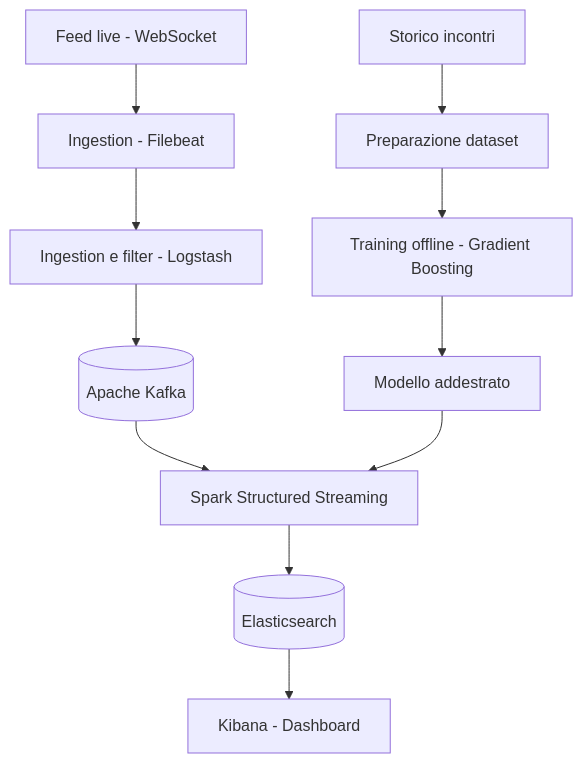
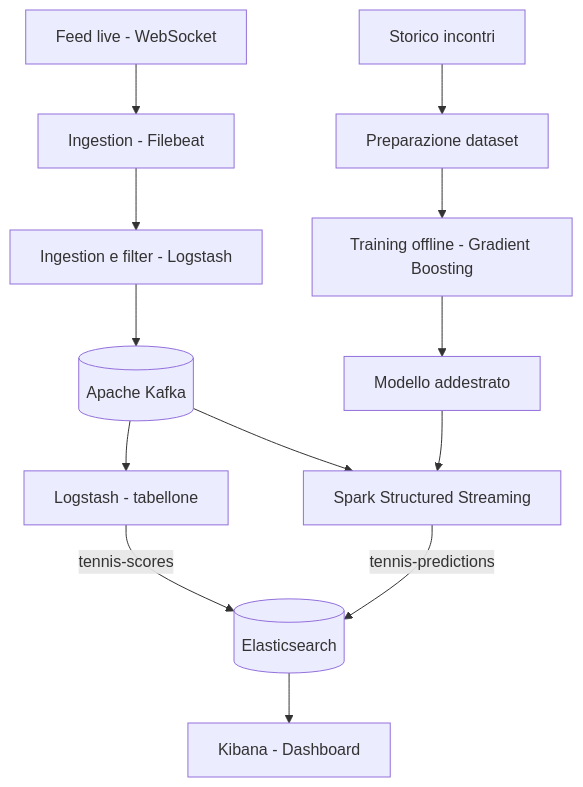
The diagram in README.md (onitnas/data-set-match), drawn with Mermaid before and after one commit. The commit also changed other lines of this file and 3 other files, not shown here.

Commit message:
feat: add logstash pipeline for live match scores

````diff
--- a/README.md
+++ b/README.md
@@ -11,13 +11,15 @@
 ```mermaid
 flowchart TD
     H[Storico incontri] --> D[Preparazione dataset]
     D --> T[Training offline - Gradient Boosting]
     T --> M[Modello addestrato]
 
     A[Feed live - WebSocket] --> C[Ingestion - Filebeat] --> L[Ingestion e filter - Logstash]
     L --> K[(Apache Kafka)]
     K --> S[Spark Structured Streaming]
+    K --> LS[Logstash - tabellone]
+    LS -->|tennis-scores| E
     M --> S
-    S --> E[(Elasticsearch)]
+    S -->|tennis-predictions| E[(Elasticsearch)]
     E --> B[Kibana - Dashboard]
 ```
````
